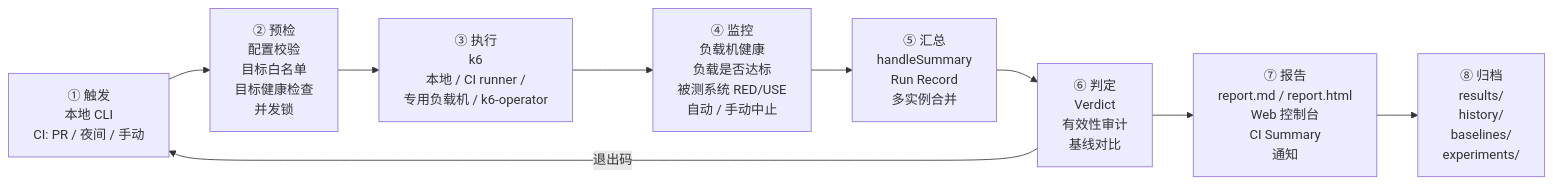
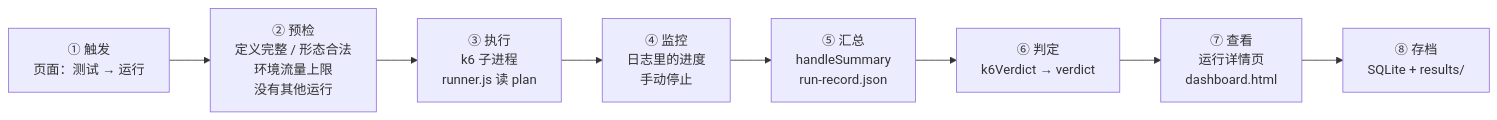
Before and after one commit to Leibiner/AI-Performance-Engineering: the second of 8 diagrams in docs/ARCHITECTURE.md, drawn with Mermaid. The commit also changed other lines of this file and 11 other files, not shown here.

First line of the commit message:
docs: sync architecture docs with the MVP implementation

````diff
--- a/docs/ARCHITECTURE.md
+++ b/docs/ARCHITECTURE.md
@@ -135,11 +170,10 @@
 ```mermaid
 flowchart LR
-    T["① 触发<br/>本地 CLI<br/>CI: PR / 夜间 / 手动"] --> P["② 预检<br/>配置校验<br/>目标白名单<br/>目标健康检查<br/>并发锁"]
-    P --> E["③ 执行<br/>k6<br/>本地 / CI runner /<br/>专用负载机 / k6-operator"]
-    E --> M["④ 监控<br/>负载机健康<br/>负载是否达标<br/>被测系统 RED/USE<br/>自动 / 手动中止"]
-    M --> C["⑤ 汇总<br/>handleSummary<br/>Run Record<br/>多实例合并"]
-    C --> V["⑥ 判定<br/>Verdict<br/>有效性审计<br/>基线对比"]
-    V --> R["⑦ 报告<br/>report.md / report.html<br/>Web 控制台<br/>CI Summary<br/>通知"]
-    R --> A["⑧ 归档<br/>results/<br/>history/<br/>baselines/<br/>experiments/"]
-    V -->|退出码| T
+    T["① 触发<br/>页面：测试 → 运行"] --> P["② 预检<br/>定义完整 / 形态合法<br/>环境流量上限<br/>没有其他运行"]
+    P --> E["③ 执行<br/>k6 子进程<br/>runner.js 读 plan"]
+    E --> M["④ 监控<br/>日志里的进度<br/>手动停止"]
+    M --> C["⑤ 汇总<br/>handleSummary<br/>run-record.json"]
+    C --> V["⑥ 判定<br/>k6Verdict → verdict"]
+    V --> R["⑦ 查看<br/>运行详情页<br/>dashboard.html"]
+    R --> A["⑧ 存档<br/>SQLite + results/"]
 ```
````
